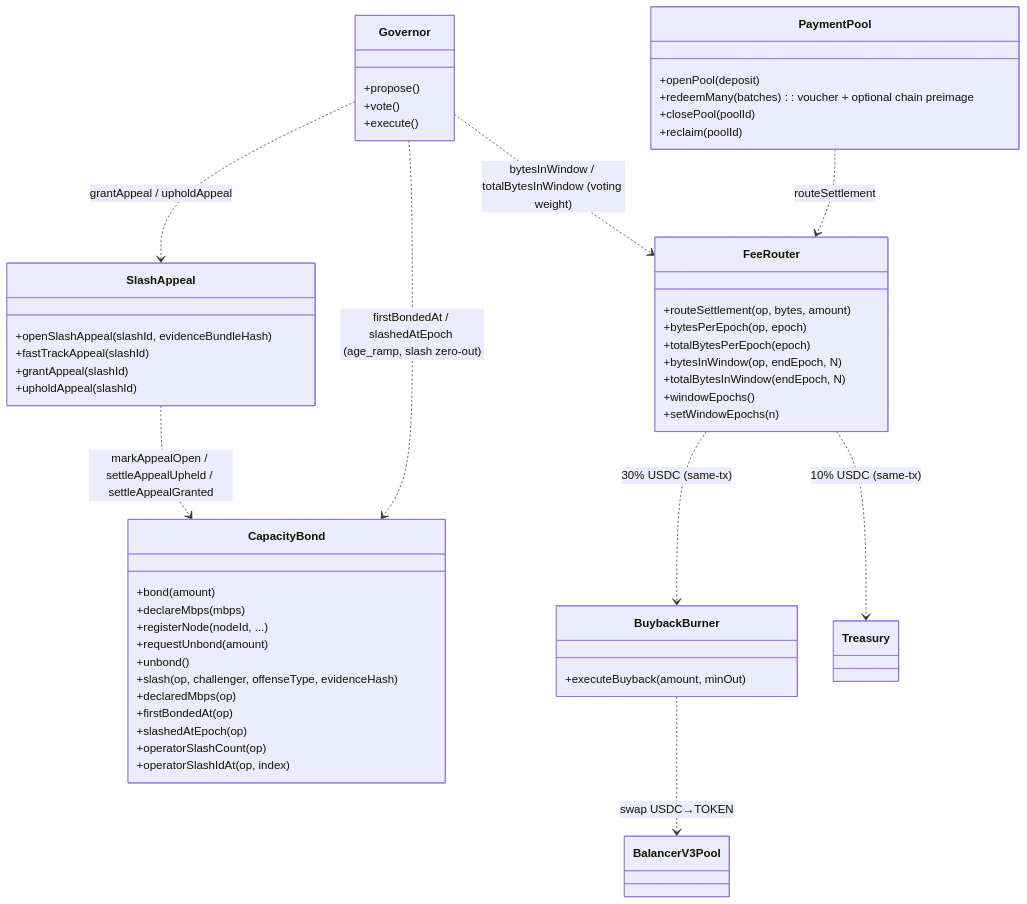
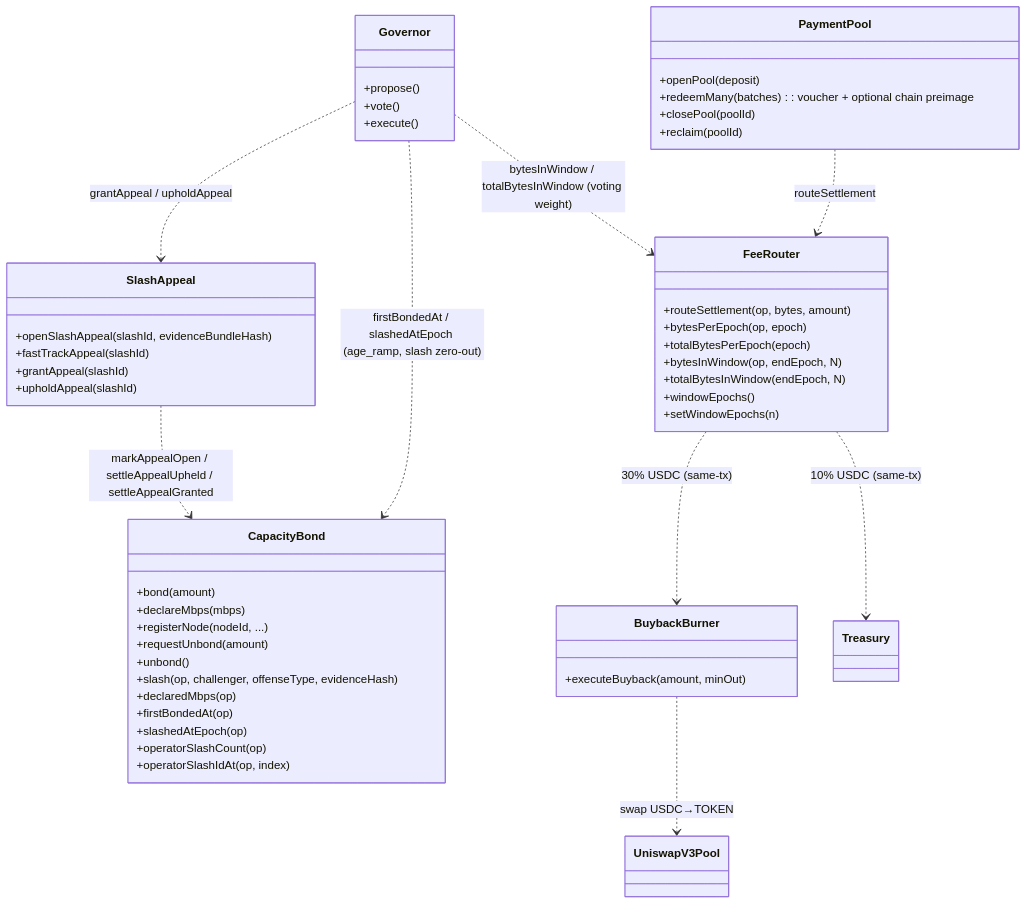
Before and after one commit to decdn/decdn: the first of 5 diagrams in adr/016-contract-interactions.md, drawn with Mermaid. The commit also changed other lines of this file and 34 other files, not shown here.

First line of the commit message:
refactor(contracts)!: remove Balancer buyback venue, make Uniswap V3 canonical (#2043)

````diff
--- a/adr/016-contract-interactions.md
+++ b/adr/016-contract-interactions.md
@@ -41,56 +41,56 @@
 ```mermaid
 classDiagram
     class PaymentPool {
         +openPool(deposit)
         +redeemMany(batches) : voucher + optional chain preimage
         +closePool(poolId)
         +reclaim(poolId)
     }
     class FeeRouter {
         +routeSettlement(op, bytes, amount)
         +bytesPerEpoch(op, epoch)
         +totalBytesPerEpoch(epoch)
         +bytesInWindow(op, endEpoch, N)
         +totalBytesInWindow(endEpoch, N)
         +windowEpochs()
         +setWindowEpochs(n)
     }
     class CapacityBond {
         +bond(amount)
         +declareMbps(mbps)
         +registerNode(nodeId, ...)
         +requestUnbond(amount)
         +unbond()
         +slash(op, challenger, offenseType, evidenceHash)
         +declaredMbps(op)
         +firstBondedAt(op)
         +slashedAtEpoch(op)
         +operatorSlashCount(op)
         +operatorSlashIdAt(op, index)
     }
     class BuybackBurner {
         +executeBuyback(amount, minOut)
     }
     class SlashAppeal {
         +openSlashAppeal(slashId, evidenceBundleHash)
         +fastTrackAppeal(slashId)
         +grantAppeal(slashId)
         +upholdAppeal(slashId)
     }
     class Governor {
         +propose()
         +vote()
         +execute()
     }
     class Treasury
-    class BalancerV3Pool
+    class UniswapV3Pool
 
     PaymentPool ..> FeeRouter : routeSettlement
     FeeRouter ..> BuybackBurner : 30% USDC (same-tx)
     FeeRouter ..> Treasury : 10% USDC (same-tx)
-    BuybackBurner ..> BalancerV3Pool : swap USDC→TOKEN
+    BuybackBurner ..> UniswapV3Pool : swap USDC→TOKEN
     Governor ..> FeeRouter : bytesInWindow / totalBytesInWindow (voting weight)
     Governor ..> CapacityBond : firstBondedAt / slashedAtEpoch (age_ramp, slash zero-out)
     SlashAppeal ..> CapacityBond : markAppealOpen / settleAppealUpheld / settleAppealGranted
     Governor ..> SlashAppeal : grantAppeal / upholdAppeal
 ```
````
